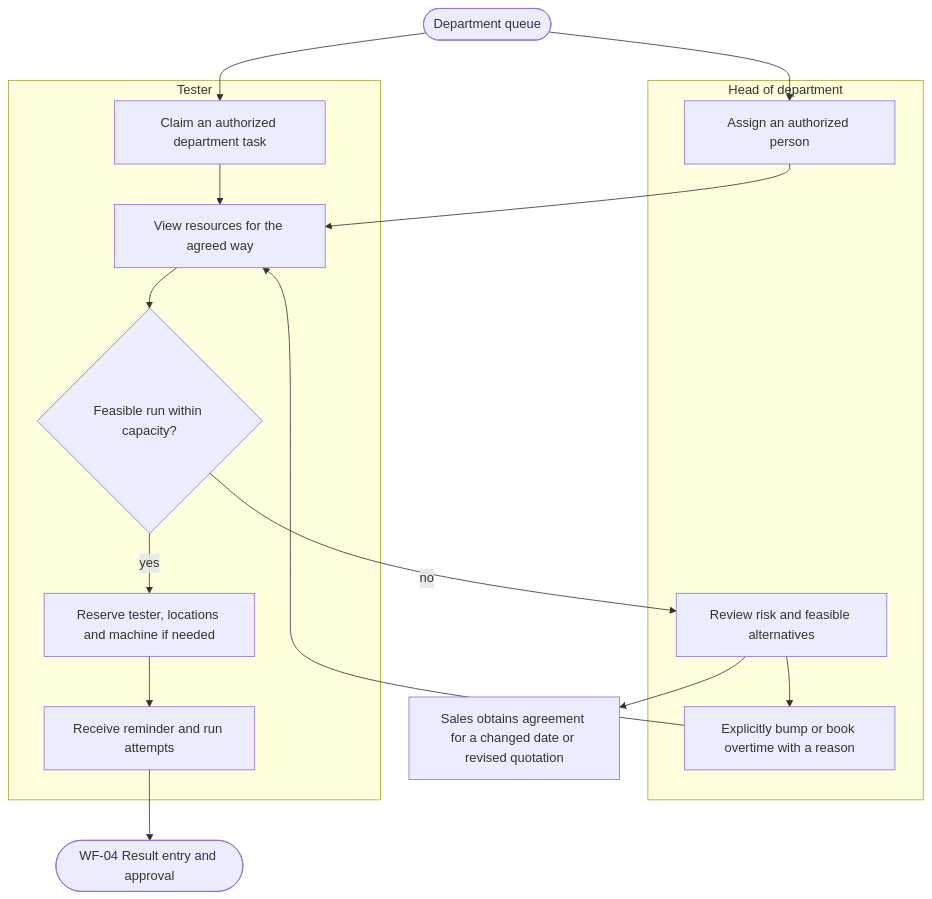
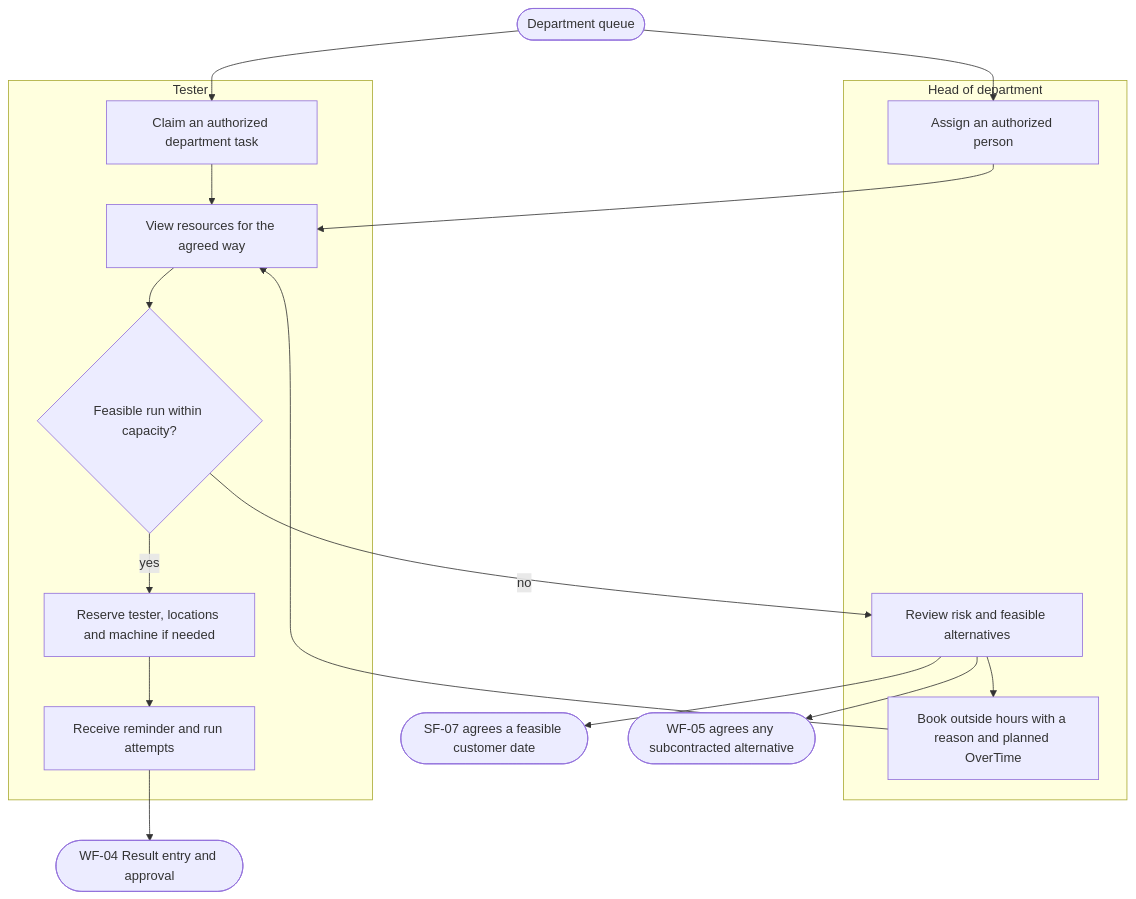
One commit to SoltuneMontepre/medilab changed the third of 17 diagrams in docs/functional/business-flows.md. Above: the diagram before and after it, drawn with Mermaid. The commit also changed other lines of this file and 8 other files, not shown here.

Commit message:
[docs] Align business flows and sign reports before issuance

````diff
--- a/docs/functional/business-flows.md
+++ b/docs/functional/business-flows.md
@@ -160,20 +145,21 @@
 ```mermaid
 flowchart TD
     subgraph lane8 ["Head of department"]
         h1[Assign an authorized person]
         h2[Review risk and feasible alternatives]
-        h3[Explicitly bump or book overtime with a reason]
+        h3[Book outside hours with a reason and planned OverTime]
     end
     subgraph lane9 ["Tester"]
         t1[Claim an authorized department task]
         t2[View resources for the agreed way] --> t3{Feasible run within capacity?}
         t3 -->|yes| t4[Reserve tester, locations and machine if needed]
         t4 --> t5[Receive reminder and run attempts]
     end
     queue([Department queue]) --> h1 --> t2
     queue --> t1 --> t2
     t3 -->|no| h2
     h2 --> h3 --> t2
-    h2 --> sales[Sales obtains agreement for a changed date or revised quotation]
+    h2 --> dates([SF-07 agrees a feasible customer date])
+    h2 --> outsource([WF-05 agrees any subcontracted alternative])
     t5 --> wf04([WF-04 Result entry and approval])
 ```
````
